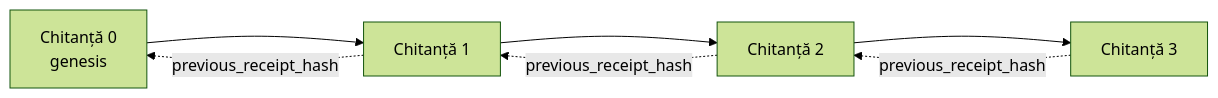
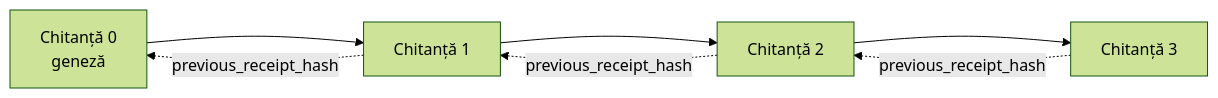
The second of 2 diagrams in mirrors/repos/microsoft@ai-agents-for-beginners/translations/ro/18-securing-ai-agents/README.md (gabrielmoreira/agent-skills-mirror), drawn with Mermaid (forest theme) before and after one commit. The commit also changed other lines of this file and 2285 other files, not shown here.

````diff
--- a/mirrors/repos/microsoft@ai-agents-for-beginners/translations/ro/18-securing-ai-agents/README.md
+++ b/mirrors/repos/microsoft@ai-agents-for-beginners/translations/ro/18-securing-ai-agents/README.md
@@ -206,9 +206,9 @@
 ```mermaid
 flowchart LR
-    R0[Chitanță 0<br/>genesis] --> R1[Chitanță 1]
+    R0[Chitanță 0<br/>geneză] --> R1[Chitanță 1]
     R1 --> R2[Chitanță 2]
     R2 --> R3[Chitanță 3]
     R1 -. previous_receipt_hash .-> R0
     R2 -. previous_receipt_hash .-> R1
     R3 -. previous_receipt_hash .-> R2
 ```
````
